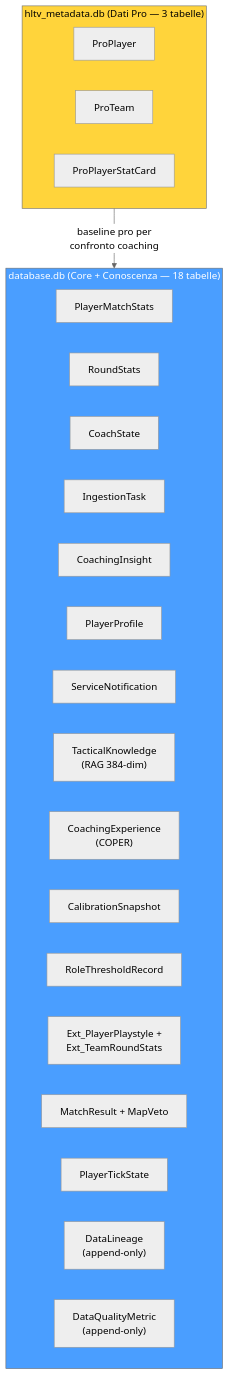
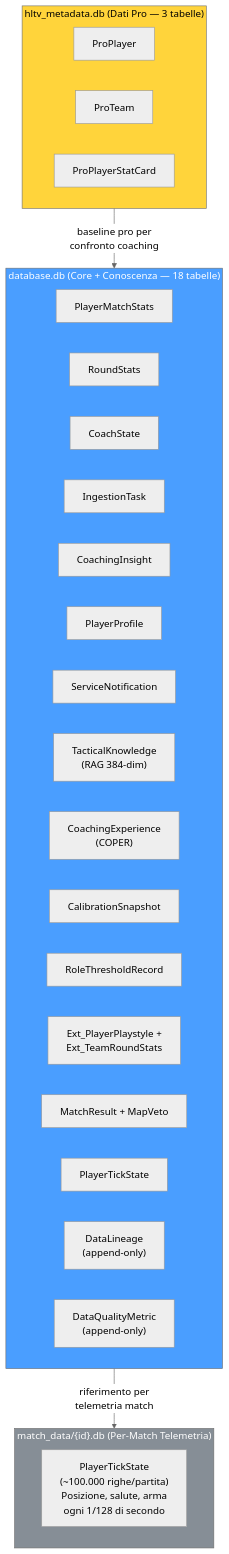
Before and after one commit to renanaugustomacena-ux/Counter-Strike-coach-AI: the first of 55 diagrams in docs/books/Book-Coach-3.md, drawn with Mermaid (neutral theme). The commit also changed other lines of this file, not shown here.

````diff
--- a/docs/books/Book-Coach-3.md
+++ b/docs/books/Book-Coach-3.md
@@ -10,29 +11,34 @@
 ```mermaid
 flowchart TB
     subgraph DB1["database.db (Core + Conoscenza — 18 tabelle)"]
         PMS_DB["PlayerMatchStats"]
         RS_DB["RoundStats"]
         CS_DB["CoachState"]
         IT_DB["IngestionTask"]
         CI_DB["CoachingInsight"]
         PP_DB["PlayerProfile"]
         SN_DB["ServiceNotification"]
         TK_DB["TacticalKnowledge<br/>(RAG 384-dim)"]
         CE_DB["CoachingExperience<br/>(COPER)"]
         CALIB["CalibrationSnapshot"]
         ROLE_TH["RoleThresholdRecord"]
         EXT_DB["Ext_PlayerPlaystyle +<br/>Ext_TeamRoundStats"]
         MATCH_DB["MatchResult + MapVeto"]
         PTS_DB["PlayerTickState"]
         DL_DB["DataLineage<br/>(append-only)"]
         DQM_DB["DataQualityMetric<br/>(append-only)"]
     end
     subgraph DB2["hltv_metadata.db (Dati Pro — 3 tabelle)"]
         PRO_DB["ProPlayer"]
         TEAM_DB["ProTeam"]
         STAT_DB["ProPlayerStatCard"]
     end
+    subgraph DB3["match_data/{id}.db (Per-Match Telemetria)"]
+        PTS_MATCH["PlayerTickState<br/>(~100.000 righe/partita)<br/>Posizione, salute, arma<br/>ogni 1/128 di secondo"]
+    end
     DB2 -->|"baseline pro per<br/>confronto coaching"| DB1
+    DB1 -->|"riferimento per<br/>telemetria match"| DB3
     style DB1 fill:#4a9eff,color:#fff
     style DB2 fill:#ffd43b,color:#000
+    style DB3 fill:#868e96,color:#fff
 ```
````
